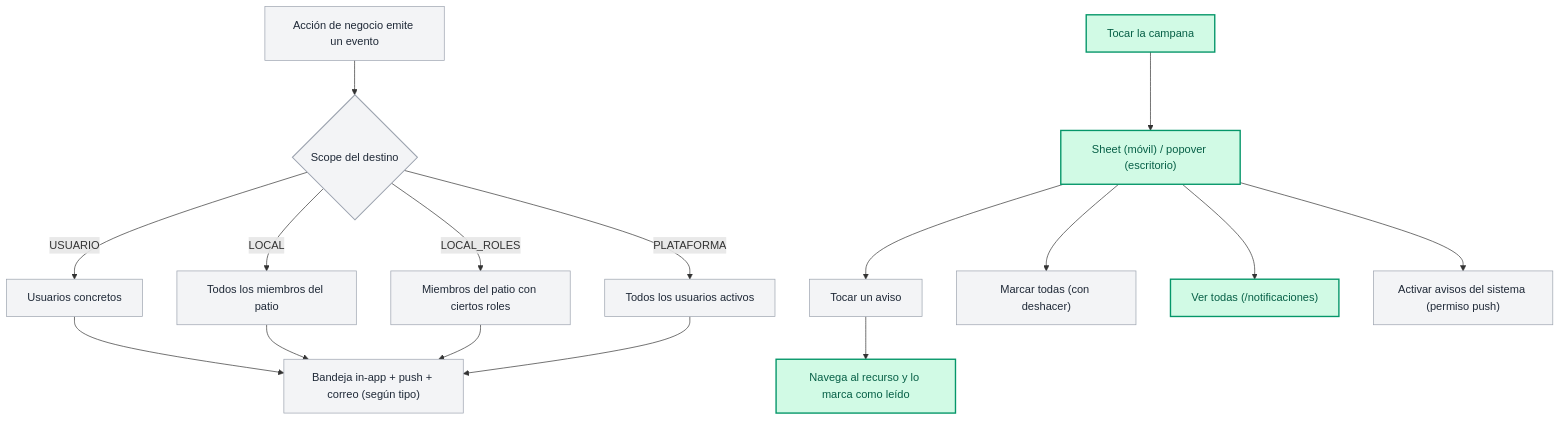
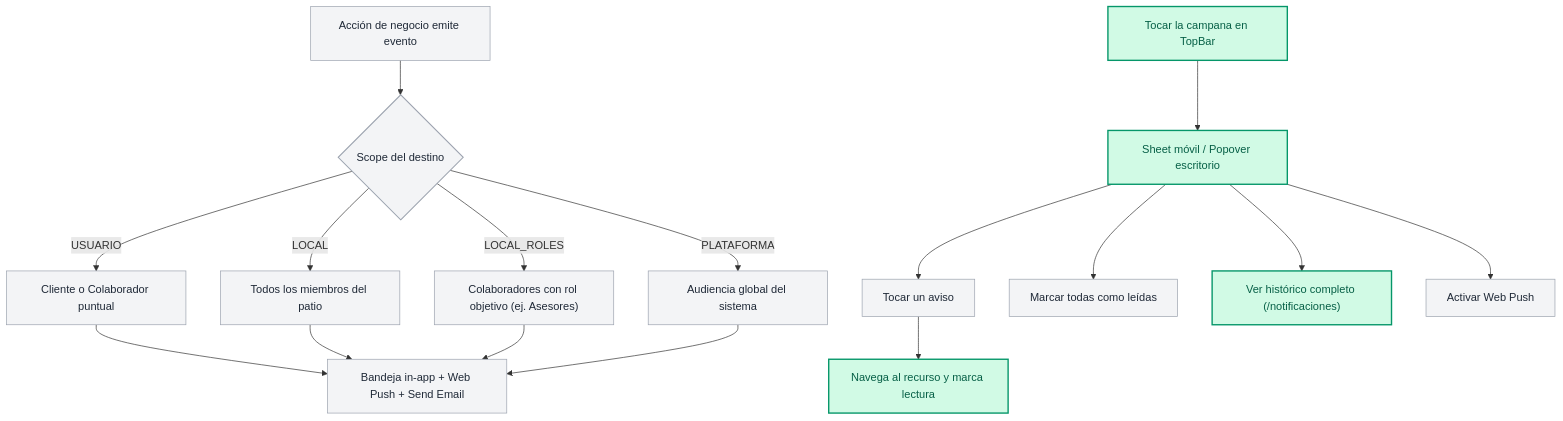
One commit to SantiagoPrada2005/flotax changed diagram 16 of 16 in docs/user-flows.md. Above: the diagram before and after it, drawn with Mermaid. The commit also changed other lines of this file and 72 other files, not shown here.

````diff
--- a/docs/user-flows.md
+++ b/docs/user-flows.md
@@ -393,19 +747,19 @@
 ```mermaid
 flowchart TD
     classDef mainScreen fill:#d1fae5,stroke:#059669,stroke-width:2px,color:#065f46;
     classDef subScreen fill:#f3f4f6,stroke:#9ca3af,stroke-width:1px,color:#1f2937;
     classDef decision fill:#f3f4f6,stroke:#9ca3af,stroke-width:1.5px,color:#1f2937;
 
-    evento["Acción de negocio emite un evento"]:::subScreen --> scope{"Scope del destino"}:::decision
-    scope -- "USUARIO" --> u1["Usuarios concretos"]:::subScreen
+    evento["Acción de negocio emite evento"]:::subScreen --> scope{"Scope del destino"}:::decision
+    scope -- "USUARIO" --> u1["Cliente o Colaborador puntual"]:::subScreen
     scope -- "LOCAL" --> u2["Todos los miembros del patio"]:::subScreen
-    scope -- "LOCAL_ROLES" --> u3["Miembros del patio con ciertos roles"]:::subScreen
-    scope -- "PLATAFORMA" --> u4["Todos los usuarios activos"]:::subScreen
-    u1 & u2 & u3 & u4 --> bandeja["Bandeja in-app + push + correo (según tipo)"]:::subScreen
+    scope -- "LOCAL_ROLES" --> u3["Colaboradores con rol objetivo (ej. Asesores)"]:::subScreen
+    scope -- "PLATAFORMA" --> u4["Audiencia global del sistema"]:::subScreen
+    u1 & u2 & u3 & u4 --> bandeja["Bandeja in-app + Web Push + Send Email"]:::subScreen
 
-    campana["Tocar la campana"]:::mainScreen --> panel["Sheet (móvil) / popover (escritorio)"]:::mainScreen
-    panel --> fila["Tocar un aviso"]:::subScreen --> destino["Navega al recurso y lo marca como leído"]:::mainScreen
-    panel --> todas["Marcar todas (con deshacer)"]:::subScreen
-    panel --> historial["Ver todas (/notificaciones)"]:::mainScreen
-    panel --> pushcta["Activar avisos del sistema (permiso push)"]:::subScreen
+    campana["Tocar la campana en TopBar"]:::mainScreen --> panel["Sheet móvil / Popover escritorio"]:::mainScreen
+    panel --> fila["Tocar un aviso"]:::subScreen --> destino["Navega al recurso y marca lectura"]:::mainScreen
+    panel --> todas["Marcar todas como leídas"]:::subScreen
+    panel --> historial["Ver histórico completo (/notificaciones)"]:::mainScreen
+    panel --> pushcta["Activar Web Push"]:::subScreen
 ```
````
